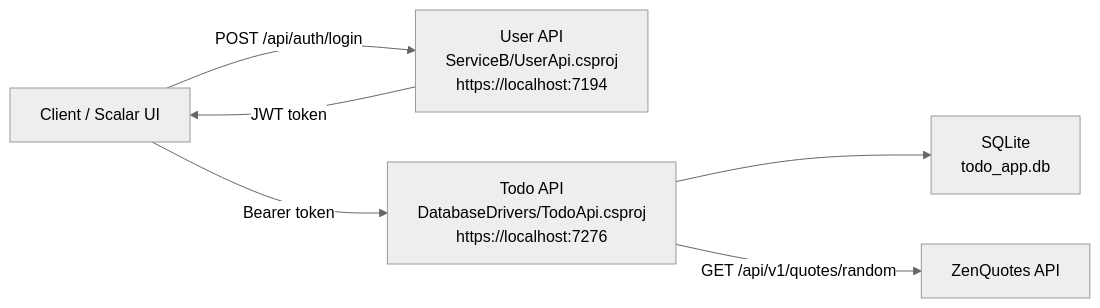
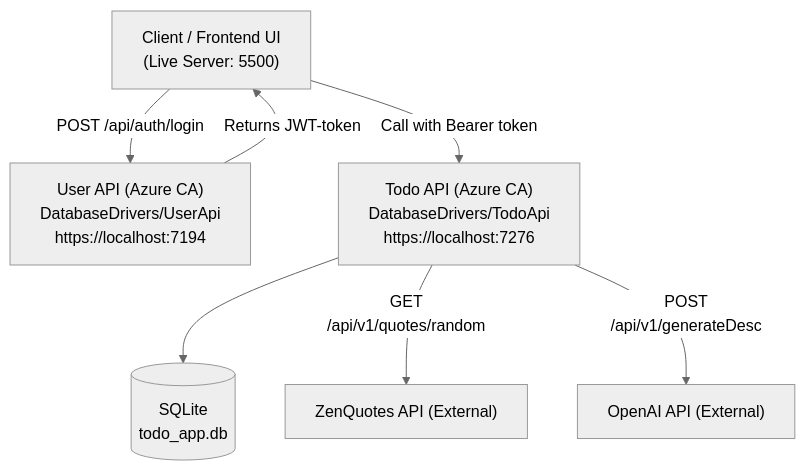
One commit to RoffeRuff42/DatabaseDrivers changed the diagram in README.md. Above: the diagram before and after it, drawn with Mermaid (neutral theme).

Commit message:
Revise architecture diagram in README
Updated architecture diagram to reflect new API details and connections.

Unsure of which ai we are going to use but hopefully the chart is to some help during development.

````diff
--- a/README.md
+++ b/README.md
@@ -9,14 +9,17 @@
 ```mermaid
-flowchart LR
-    Client["Client / Scalar UI"]
-    UserApi["User API<br/>ServiceB/UserApi.csproj<br/>https://localhost:7194"]
-    TodoApi["Todo API<br/>DatabaseDrivers/TodoApi.csproj<br/>https://localhost:7276"]
-    SQLite["SQLite<br/>todo_app.db"]
-    ZenQuotes["ZenQuotes API"]
+graph TD
+    Client["Client / Frontend UI<br/>(Live Server: 5500)"]
+    UserApi["User API (Azure CA)<br/>DatabaseDrivers/UserApi<br/>https://localhost:7194"]
+    TodoApi["Todo API (Azure CA)<br/>DatabaseDrivers/TodoApi<br/>https://localhost:7276"]
+    SQLite[("SQLite<br/>todo_app.db")]
+    ZenQuotes["ZenQuotes API (External)"]
+    OpenAI["OpenAI API (External)"]
 
     Client -->|"POST /api/auth/login"| UserApi
-    UserApi -->|"JWT token"| Client
-    Client -->|"Bearer token"| TodoApi
+    UserApi -->|"Returns JWT-token"| Client
+    Client -->|"Call with Bearer token"| TodoApi
+    
     TodoApi --> SQLite
-    TodoApi -->|"GET /api/v1/quotes/random"| ZenQuotes
+    TodoApi -->|"GET <br/>/api/v1/quotes/random"| ZenQuotes
+    TodoApi -->|"POST <br/>/api/v1/generateDesc"| OpenAI
 ```
````
